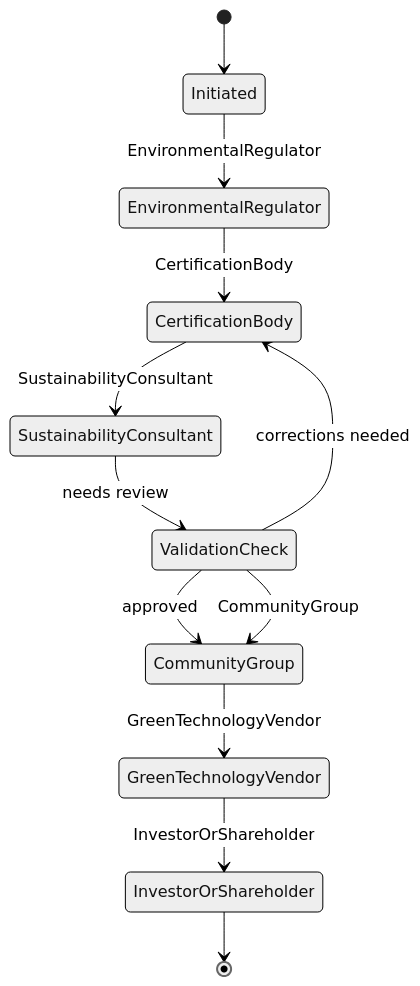
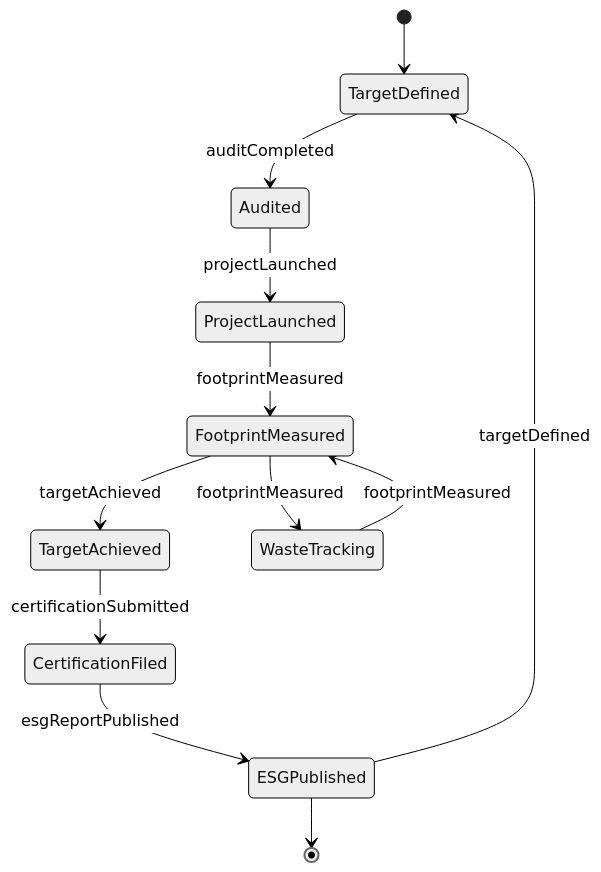
Before and after one commit to dot-org-ai/tasks.org.ai: the second of 4 diagrams in GuidingDirectingAndMotivatingSubordinates/DirectOrganizationalOperationsActivitiesOrProcedures/ManageEnvironmentalSustainabilityProjects.mdx, drawn with Mermaid (neutral theme). The commit also changed other lines of this file and 515 other files, not shown here.

````diff
--- a/GuidingDirectingAndMotivatingSubordinates/DirectOrganizationalOperationsActivitiesOrProcedures/ManageEnvironmentalSustainabilityProjects.mdx
+++ b/GuidingDirectingAndMotivatingSubordinates/DirectOrganizationalOperationsActivitiesOrProcedures/ManageEnvironmentalSustainabilityProjects.mdx
@@ -106,14 +107,14 @@
 ```mermaid
 stateDiagram-v2
-    [*] --> Initiated
-    Initiated --> EnvironmentalRegulator: EnvironmentalRegulator
-    EnvironmentalRegulator --> CertificationBody: CertificationBody
-    CertificationBody --> SustainabilityConsultant: SustainabilityConsultant
-    SustainabilityConsultant --> ValidationCheck: needs review
-    ValidationCheck --> CertificationBody: corrections needed
-    ValidationCheck --> CommunityGroup: approved
-    ValidationCheck --> CommunityGroup: CommunityGroup
-    CommunityGroup --> GreenTechnologyVendor: GreenTechnologyVendor
-    GreenTechnologyVendor --> InvestorOrShareholder: InvestorOrShareholder
-    InvestorOrShareholder --> [*]
+    [*] --> TargetDefined
+    TargetDefined --> Audited : auditCompleted
+    Audited --> ProjectLaunched : projectLaunched
+    ProjectLaunched --> FootprintMeasured : footprintMeasured
+    FootprintMeasured --> TargetAchieved : targetAchieved
+    FootprintMeasured --> WasteTracking : footprintMeasured
+    WasteTracking --> FootprintMeasured : footprintMeasured
+    TargetAchieved --> CertificationFiled : certificationSubmitted
+    CertificationFiled --> ESGPublished : esgReportPublished
+    ESGPublished --> TargetDefined : targetDefined
+    ESGPublished --> [*]
 ```
````
